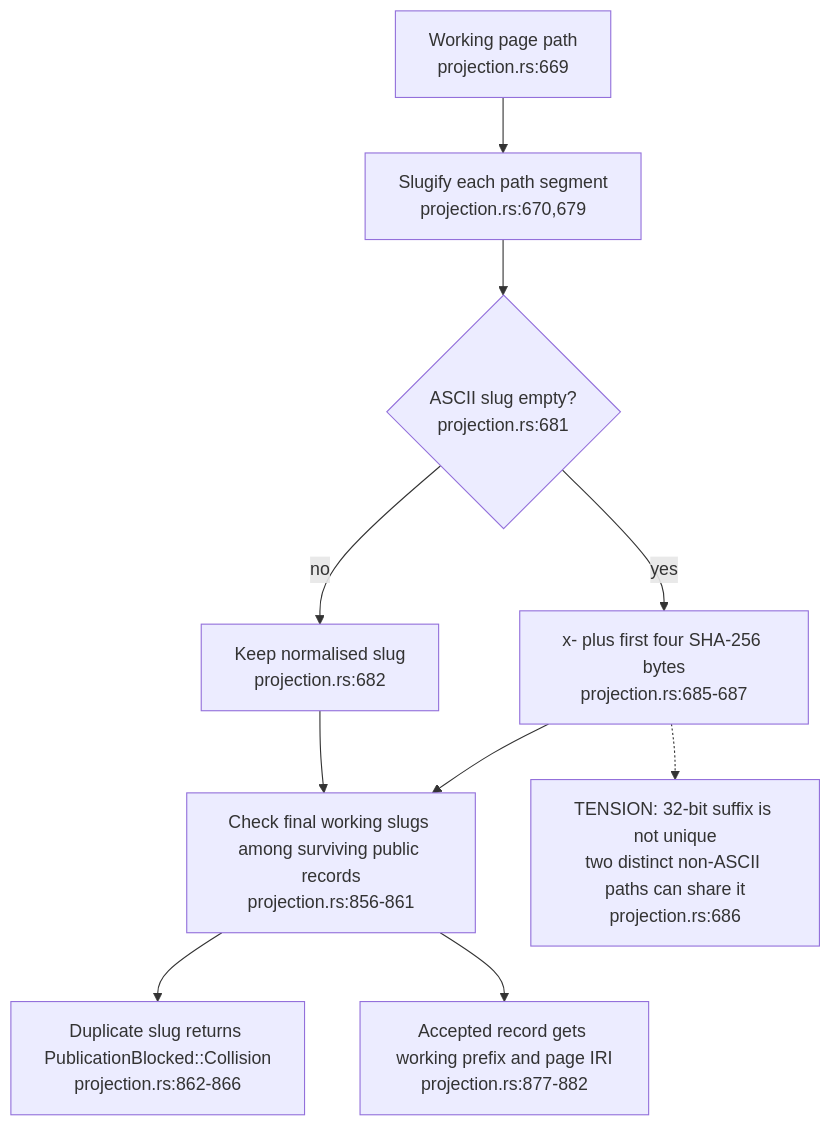
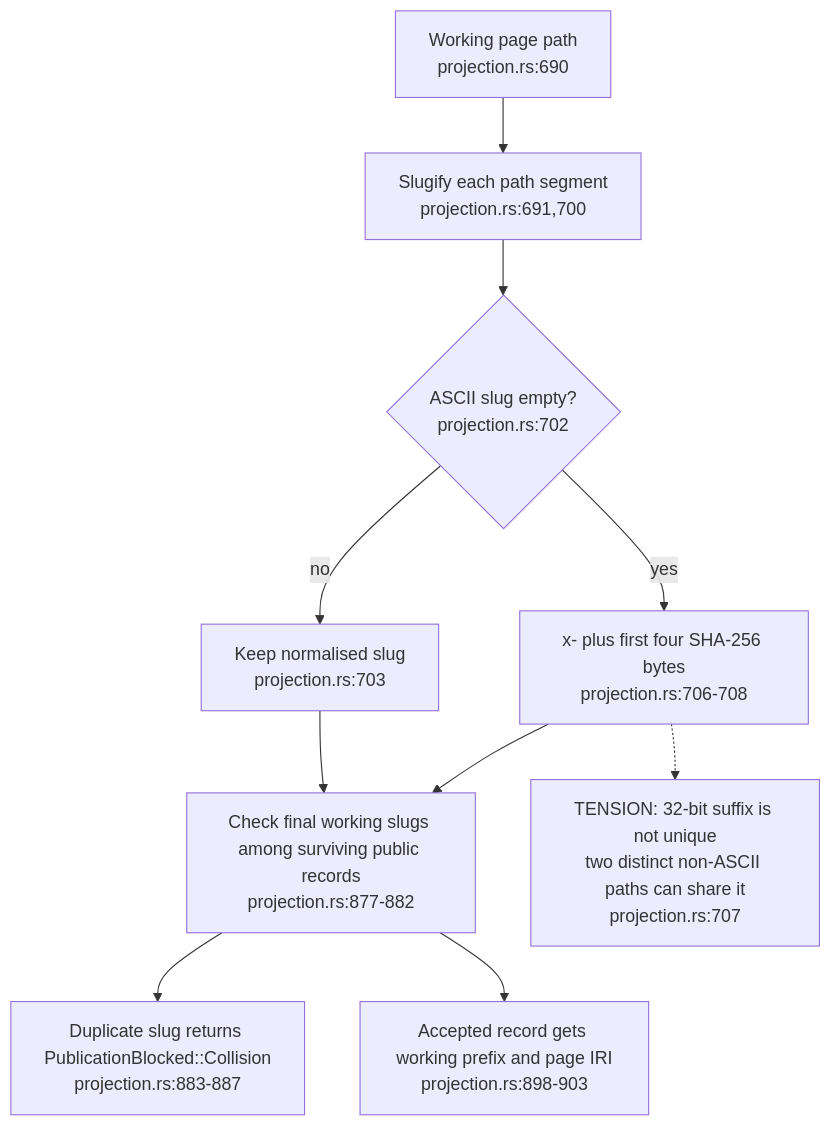
One commit to DreamLab-AI/VisionFlow changed the first of 3 diagrams in docs/diagrams/ontomark/11-machine-bundle-identity-and-disclosure.md. Above: the diagram before and after it, drawn with Mermaid. The commit also changed other lines of this file and 70 other files, not shown here.

First line of the commit message:
docs(diagrams): re-verify 69 topics at current default-branch heads

````diff
--- a/docs/diagrams/ontomark/11-machine-bundle-identity-and-disclosure.md
+++ b/docs/diagrams/ontomark/11-machine-bundle-identity-and-disclosure.md
@@ -27,12 +27,12 @@
 ```mermaid
 flowchart TD
-    PATH["Working page path<br/>projection.rs:669"] --> SEG["Slugify each path segment<br/>projection.rs:670,679"]
-    SEG --> EMPTY{"ASCII slug empty?<br/>projection.rs:681"}
-    EMPTY -->|no| KEEP["Keep normalised slug<br/>projection.rs:682"]
-    EMPTY -->|yes| HASH["x- plus first four SHA-256 bytes<br/>projection.rs:685-687"]
-    KEEP --> CHECK["Check final working slugs among surviving public records<br/>projection.rs:856-861"]
+    PATH["Working page path<br/>projection.rs:690"] --> SEG["Slugify each path segment<br/>projection.rs:691,700"]
+    SEG --> EMPTY{"ASCII slug empty?<br/>projection.rs:702"}
+    EMPTY -->|no| KEEP["Keep normalised slug<br/>projection.rs:703"]
+    EMPTY -->|yes| HASH["x- plus first four SHA-256 bytes<br/>projection.rs:706-708"]
+    KEEP --> CHECK["Check final working slugs among surviving public records<br/>projection.rs:877-882"]
     HASH --> CHECK
-    CHECK --> BAD["Duplicate slug returns PublicationBlocked::Collision<br/>projection.rs:862-866"]
-    CHECK --> OK["Accepted record gets working prefix and page IRI<br/>projection.rs:877-882"]
-    HASH -.-> LIMIT["TENSION: 32-bit suffix is not unique<br/>two distinct non-ASCII paths can share it<br/>projection.rs:686"]
+    CHECK --> BAD["Duplicate slug returns PublicationBlocked::Collision<br/>projection.rs:883-887"]
+    CHECK --> OK["Accepted record gets working prefix and page IRI<br/>projection.rs:898-903"]
+    HASH -.-> LIMIT["TENSION: 32-bit suffix is not unique<br/>two distinct non-ASCII paths can share it<br/>projection.rs:707"]
 ```
````
